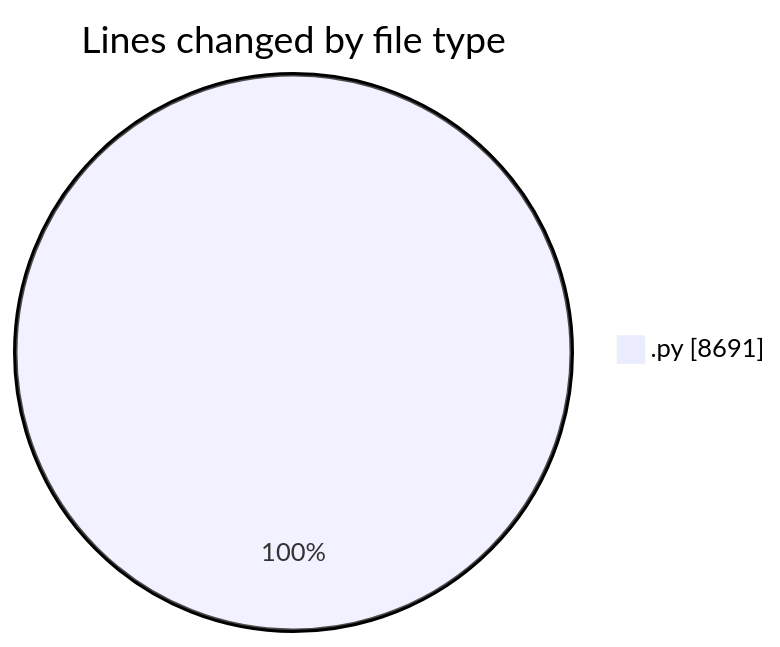
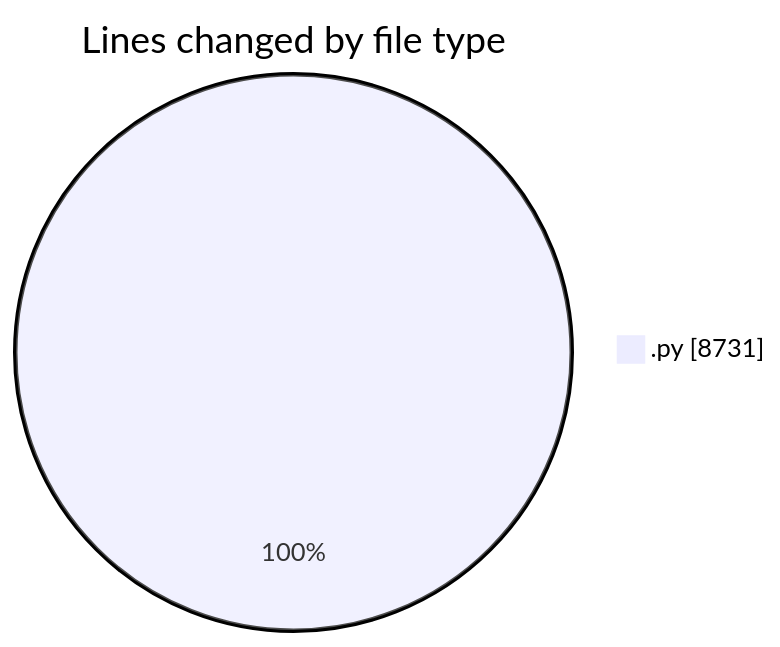
One commit to MatusMokan/code-tracking changed the first of 2 diagrams in 2025-04-12/myws__workspace_/README.md. Above: the diagram before and after it, drawn with Mermaid. The commit also changed other lines of this file and 1 other file, not shown here.

````diff
--- a/2025-04-12/myws__workspace_/README.md
+++ b/2025-04-12/myws__workspace_/README.md
@@ -28,5 +28,5 @@
 ```mermaid
 pie showData
 title Lines changed by file type
-".py" : 8691
+".py" : 8731
 ```
````
